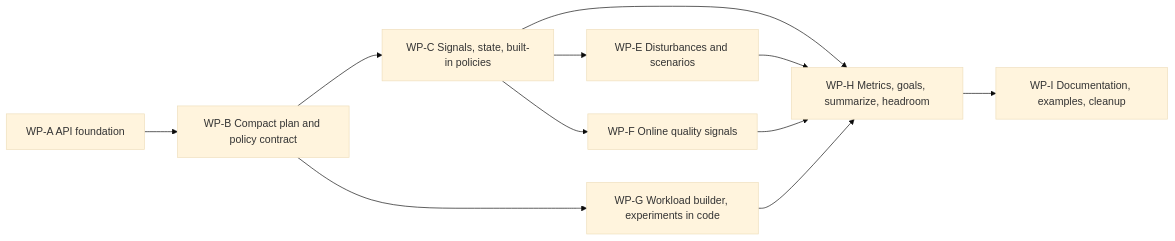
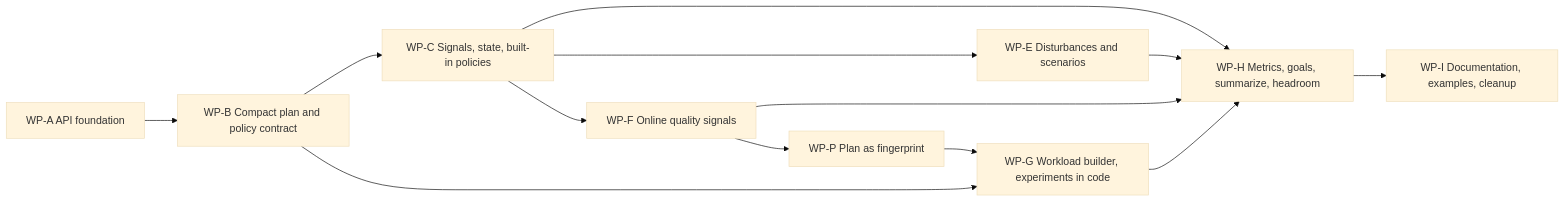
One commit to michelav/llmcontextbench changed the sixth of 6 diagrams in docs/development/adaptive/framework-api-design.md. Above: the diagram before and after it, drawn with Mermaid (base theme). The commit also changed other lines of this file, not shown here.

First line of the commit message:
docs(adaptive): add WP-P plan-as-fingerprint package

````diff
--- a/docs/development/adaptive/framework-api-design.md
+++ b/docs/development/adaptive/framework-api-design.md
@@ -1525,13 +1551,15 @@
 ```mermaid
 flowchart LR
     A[WP-A API foundation] --> B[WP-B Compact plan and policy contract]
     B --> C[WP-C Signals, state, built-in policies]
     C --> E[WP-E Disturbances and scenarios]
     C --> F[WP-F Online quality signals]
+    F --> P[WP-P Plan as fingerprint]
+    P --> G
     B --> G[WP-G Workload builder, experiments in code]
     C --> H[WP-H Metrics, goals, summarize, headroom]
     E --> H
     F --> H
     G --> H
     H --> I[WP-I Documentation, examples, cleanup]
 ```
````
